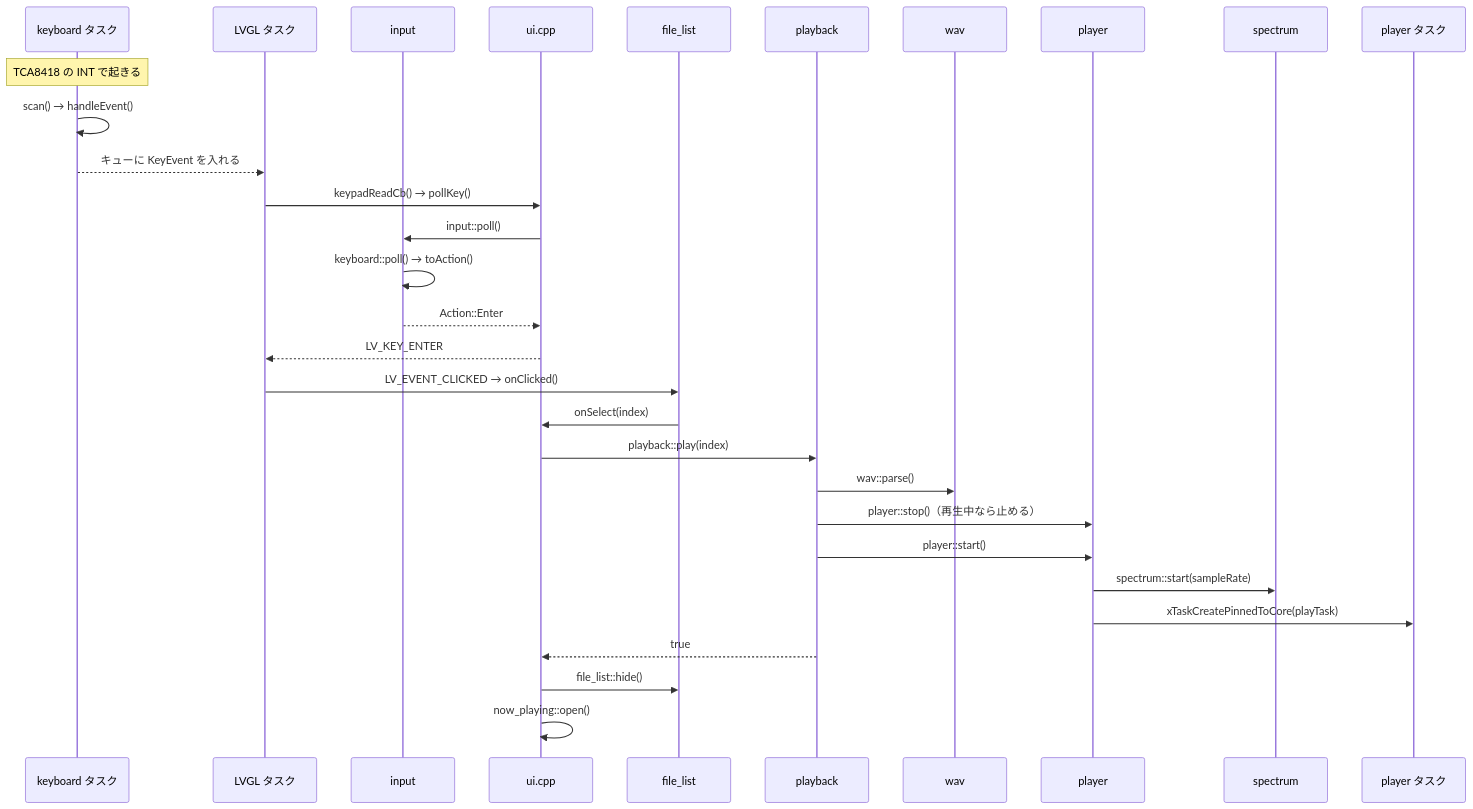
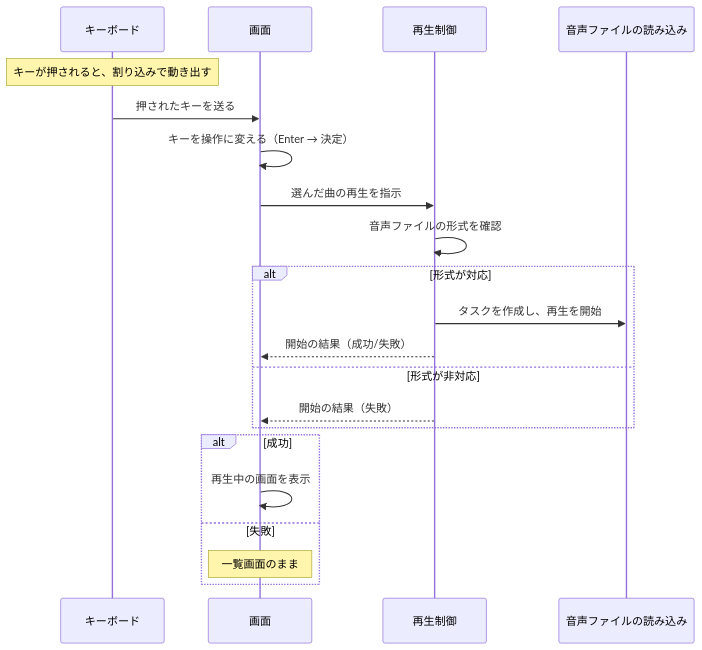
Before and after one commit to stonedev-app/pocket-deck: the second of 5 diagrams in docs/architecture/sequences.md, drawn with Mermaid. The commit also changed other lines of this file and 10 other files, not shown here.

First line of the commit message:
docs: sequences.md を概念の流れで描き直し、英数字前後の空白をなくす

````diff
--- a/docs/architecture/sequences.md
+++ b/docs/architecture/sequences.md
@@ -41,33 +35,24 @@
 ```mermaid
 sequenceDiagram
-    participant KB as keyboard タスク
-    participant L as LVGL タスク
-    participant I as input
-    participant UI as ui.cpp
-    participant FL as file_list
-    participant PB as playback
-    participant W as wav
-    participant P as player
-    participant E as spectrum
-    participant PT as player タスク
+    participant K as キーボード
+    participant UI as 画面
+    participant PB as 再生制御
+    participant P as 音声ファイルの読み込み
 
-    Note over KB: TCA8418 の INT で起きる
-    KB->>KB: scan() → handleEvent()
-    KB-->>L: キューに KeyEvent を入れる
-    L->>UI: keypadReadCb() → pollKey()
-    UI->>I: input::poll()
-    I->>I: keyboard::poll() → toAction()
-    I-->>UI: Action::Enter
-    UI-->>L: LV_KEY_ENTER
-    L->>FL: LV_EVENT_CLICKED → onClicked()
-    FL->>UI: onSelect(index)
-    UI->>PB: playback::play(index)
-    PB->>W: wav::parse()
-    PB->>P: player::stop()（再生中なら止める）
-    PB->>P: player::start()
-    P->>E: spectrum::start(sampleRate)
-    P->>PT: xTaskCreatePinnedToCore(playTask)
-    PB-->>UI: true
-    UI->>FL: file_list::hide()
-    UI->>UI: now_playing::open()
+    Note over K: キーが押されると、割り込みで動き出す
+    K->>UI: 押されたキーを送る
+    UI->>UI: キーを操作に変える（Enter → 決定）
+    UI->>PB: 選んだ曲の再生を指示
+    PB->>PB: 音声ファイルの形式を確認
+    alt 形式が対応
+        PB->>P: タスクを作成し、再生を開始
+        PB-->>UI: 開始の結果（成功/失敗）
+    else 形式が非対応
+        PB-->>UI: 開始の結果（失敗）
+    end
+    alt 成功
+        UI->>UI: 再生中の画面を表示
+    else 失敗
+        Note over UI: 一覧画面のまま
+    end
 ```
````
